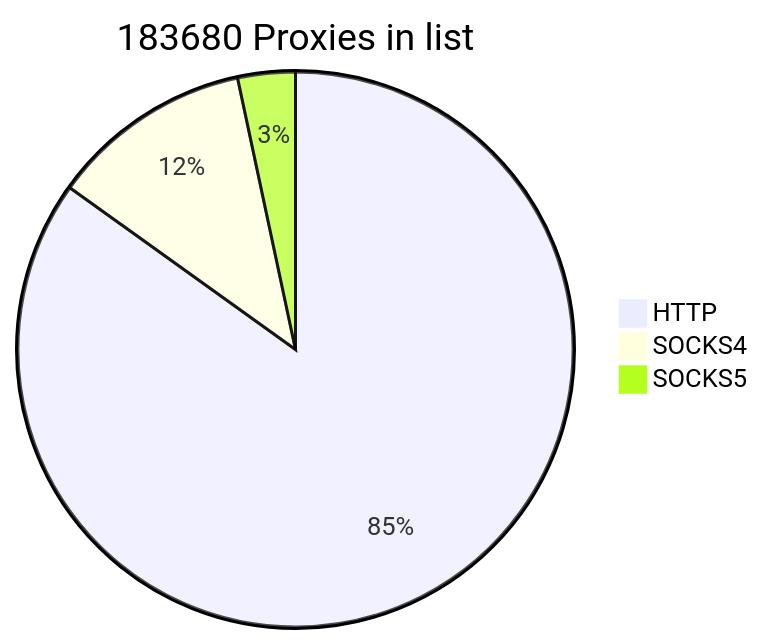
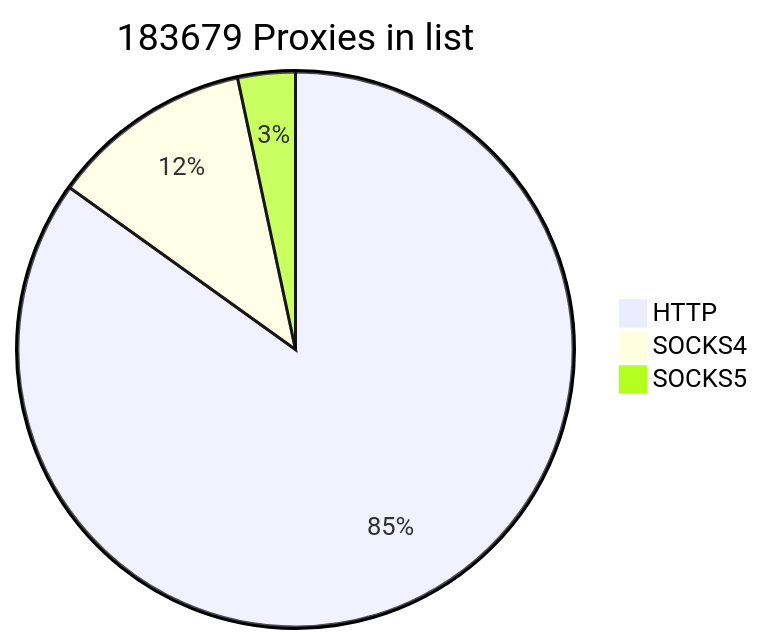
The first of 2 diagrams in README.md (cutipu/proxylist), drawn with Mermaid before and after one commit. The commit also changed other lines of this file, not shown here.

````diff
--- a/README.md
+++ b/README.md
@@ -2,7 +2,7 @@
 ```mermaid
-pie title 183680 Proxies in list
-    "HTTP" : 155942
-    "SOCKS4" : 21593
+pie title 183679 Proxies in list
+    "HTTP" : 155944
+    "SOCKS4" : 21590
     "SOCKS5" : 6145
             
 ```
````
